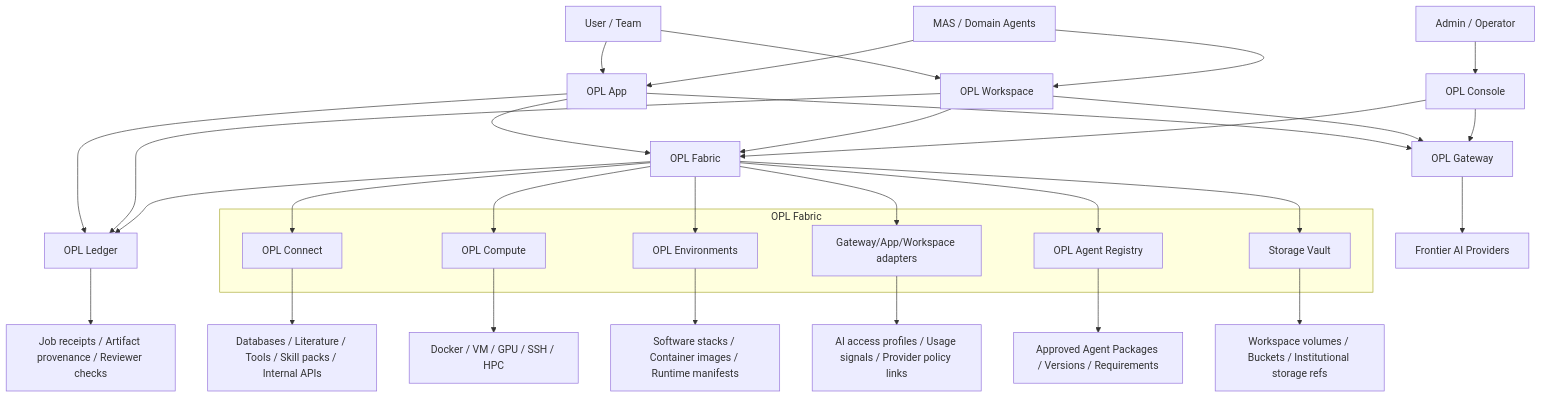
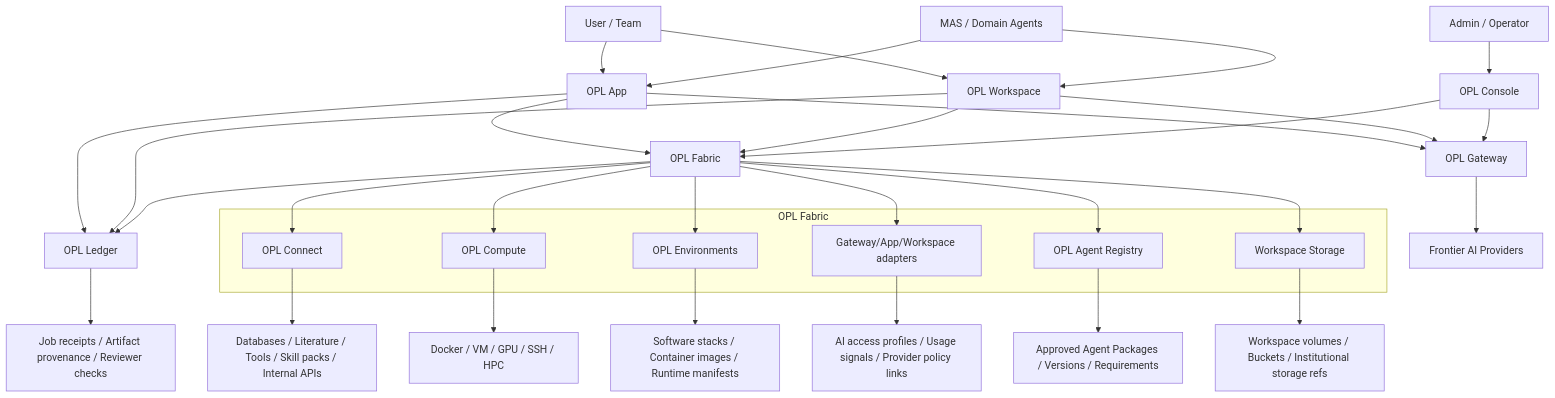
The diagram in docs/architecture.md (gaofeng21cn/one-person-lab-cloud), drawn with Mermaid before and after one commit. The commit also changed other lines of this file and 8 other files, not shown here.

````diff
--- a/docs/architecture.md
+++ b/docs/architecture.md
@@ -17,43 +17,43 @@
 ```mermaid
 flowchart TB
   User[User / Team] --> App[OPL App]
   User --> Workspace[OPL Workspace]
   Admin[Admin / Operator] --> Console[OPL Console]
   Domain[MAS / Domain Agents] --> App
   Domain --> Workspace
 
   App --> Gateway[OPL Gateway]
   Workspace --> Gateway[OPL Gateway]
   Console --> Gateway
   App --> Fabric[OPL Fabric]
   Workspace --> Fabric[OPL Fabric]
   Console --> Fabric
   App --> Ledger[OPL Ledger]
   Workspace --> Ledger[OPL Ledger]
   Fabric --> Ledger
 
   subgraph FabricLayer[OPL Fabric]
     Connect[OPL Connect]
     Compute[OPL Compute]
     Env[OPL Environments]
     GatewayAdapters[Gateway/App/Workspace adapters]
     Registry[OPL Agent Registry]
-    Storage[Storage Vault]
+    Storage[Workspace Storage]
   end
 
   Fabric --> Connect
   Fabric --> Compute
   Fabric --> Env
   Fabric --> GatewayAdapters
   Fabric --> Registry
   Fabric --> Storage
 
   Gateway --> Models[Frontier AI Providers]
   Connect --> Systems[Databases / Literature / Tools / Skill packs / Internal APIs]
   Compute --> Resources[Docker / VM / GPU / SSH / HPC]
   Env --> Images[Software stacks / Container images / Runtime manifests]
   GatewayAdapters --> Profiles[AI access profiles / Usage signals / Provider policy links]
   Registry --> AgentPackages[Approved Agent Packages / Versions / Requirements]
   Storage --> Data[Workspace volumes / Buckets / Institutional storage refs]
   Ledger --> Evidence[Job receipts / Artifact provenance / Reviewer checks]
 ```
````
